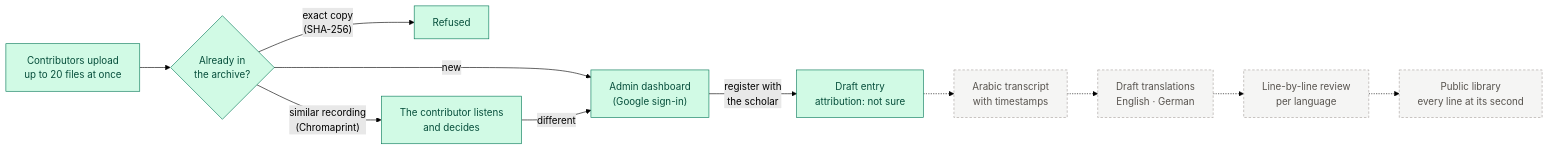
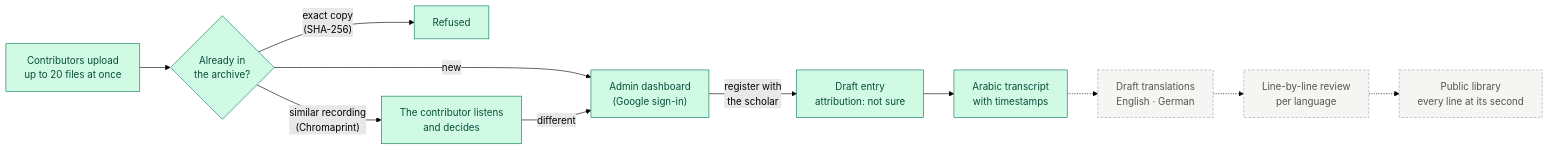
The diagram in README.md (PSchmitz-Valckenberg/maqati3), drawn with Mermaid (forest theme) before and after one commit.

Commit message:
docs: the transcript step is built in the README's flow diagram

````diff
--- a/README.md
+++ b/README.md
@@ -72,18 +72,18 @@
 ```mermaid
 flowchart LR
     U["Contributors upload<br/>up to 20 files at once"] --> C{"Already in<br/>the archive?"}
     C -- "exact copy<br/>(SHA-256)" --> R["Refused"]
     C -- "similar recording<br/>(Chromaprint)" --> L["The contributor listens<br/>and decides"]
     C -- "new" --> A
     L -- "different" --> A["Admin dashboard<br/>(Google sign-in)"]
     A -- "register with<br/>the scholar" --> E["Draft entry<br/>attribution: not sure"]
-    E -.-> T["Arabic transcript<br/>with timestamps"]
+    E --> T["Arabic transcript<br/>with timestamps"]
     T -.-> D["Draft translations<br/>English · German"]
     D -.-> V["Line-by-line review<br/>per language"]
     V -.-> P["Public library<br/>every line at its second"]
 
     classDef built fill:#d1fae5,stroke:#047857,color:#064e3b
     classDef planned fill:#f5f5f4,stroke:#a8a29e,color:#57534e,stroke-dasharray:4 3
-    class U,C,R,L,A,E built
-    class T,D,V,P planned
+    class U,C,R,L,A,E,T built
+    class D,V,P planned
 ```
````
